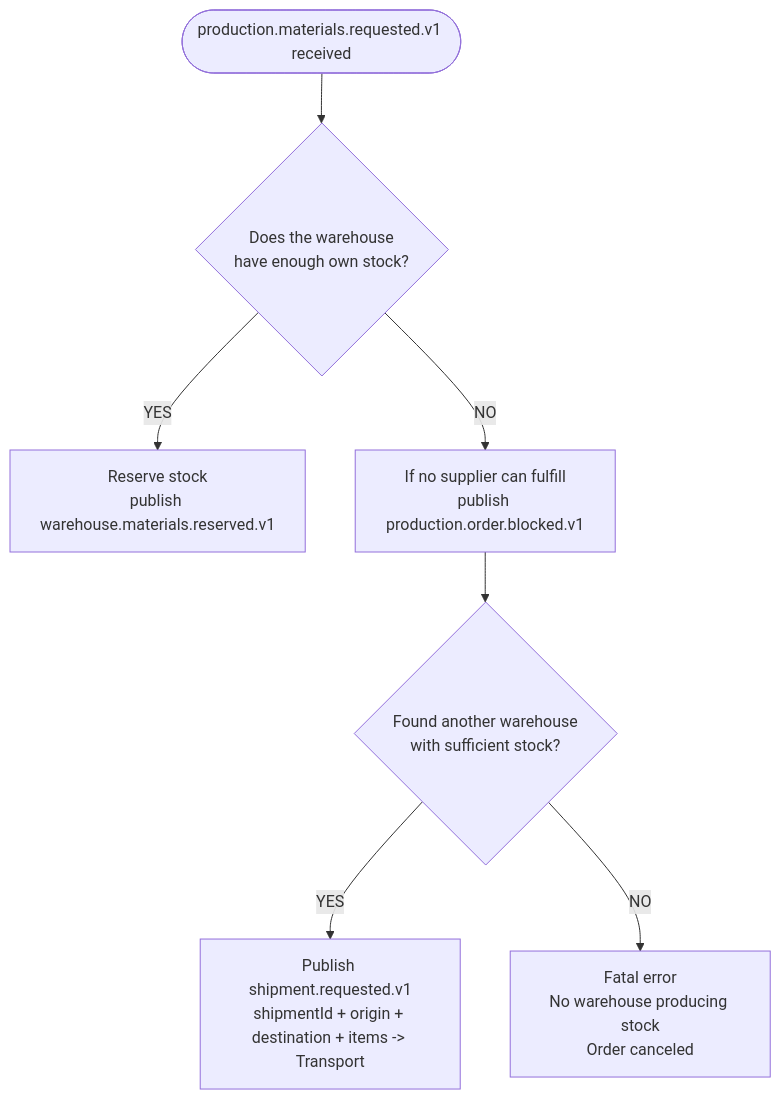
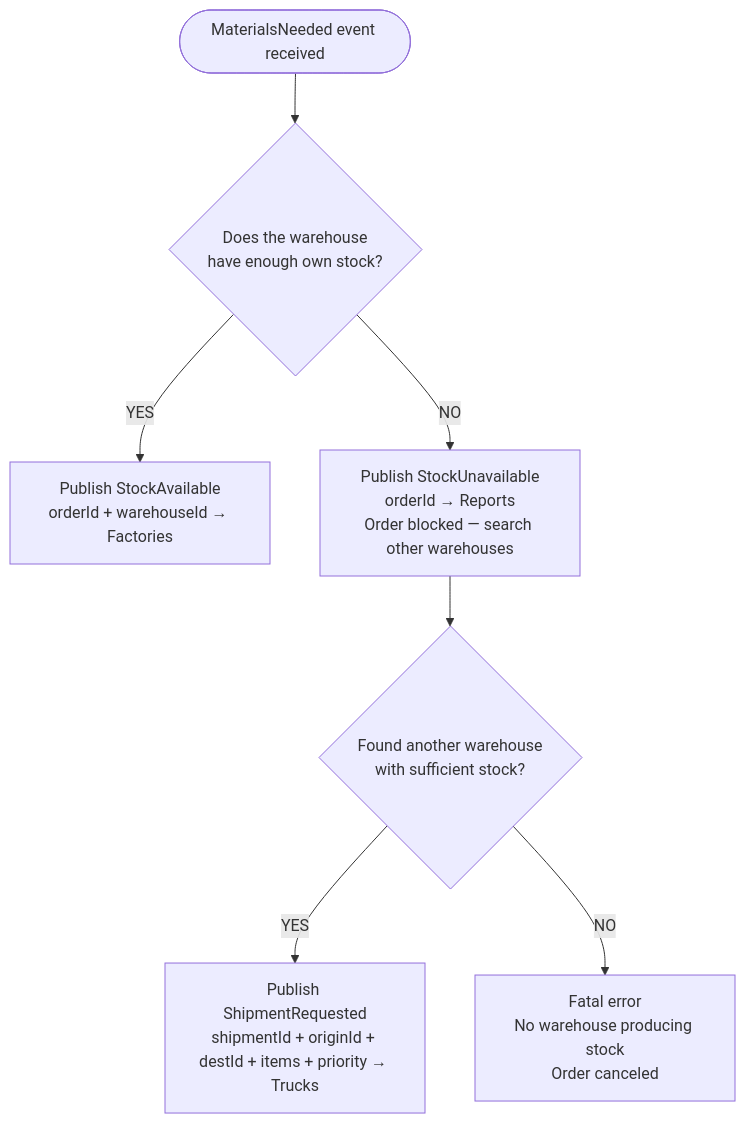
One commit to PauLopNun/workshop-suministros changed the sixth of 6 diagrams in warehouse/ddd.md. Above: the diagram before and after it, drawn with Mermaid. The commit also changed other lines of this file, not shown here.

````diff
--- a/warehouse/ddd.md
+++ b/warehouse/ddd.md
@@ -143,16 +184,16 @@
 ```mermaid
 flowchart TD
-    START([production.materials.requested.v1 received])
+    START([MaterialsNeeded event received])
     Q1{Does the warehouse\nhave enough own stock?}
-    YES1[Reserve stock\npublish warehouse.materials.reserved.v1]
-    NO1[If no supplier can fulfill\npublish production.order.blocked.v1]
+    YES1[Publish StockAvailable\norderId + warehouseId → Factories]
+    NO1[Publish StockUnavailable\norderId → Reports\nOrder blocked — search other warehouses]
     Q2{Found another warehouse\nwith sufficient stock?}
-    YES2[Publish shipment.requested.v1\nshipmentId + origin + destination + items -> Transport]
+    YES2[Publish ShipmentRequested\nshipmentId + originId + destId + items + priority → Trucks]
     NO2[Fatal error\nNo warehouse producing stock\nOrder canceled]
     START --> Q1
     Q1 -->|YES| YES1
     Q1 -->|NO| NO1
     NO1 --> Q2
     Q2 -->|YES| YES2
     Q2 -->|NO| NO2
 ```
````
